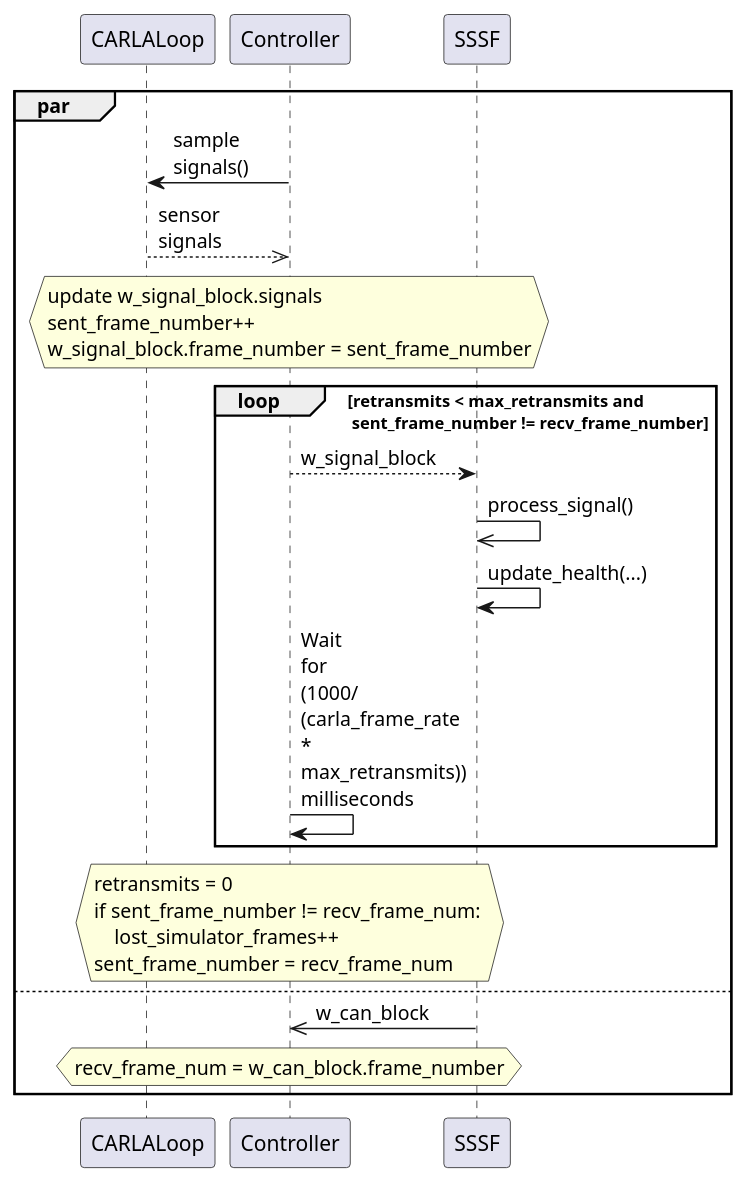
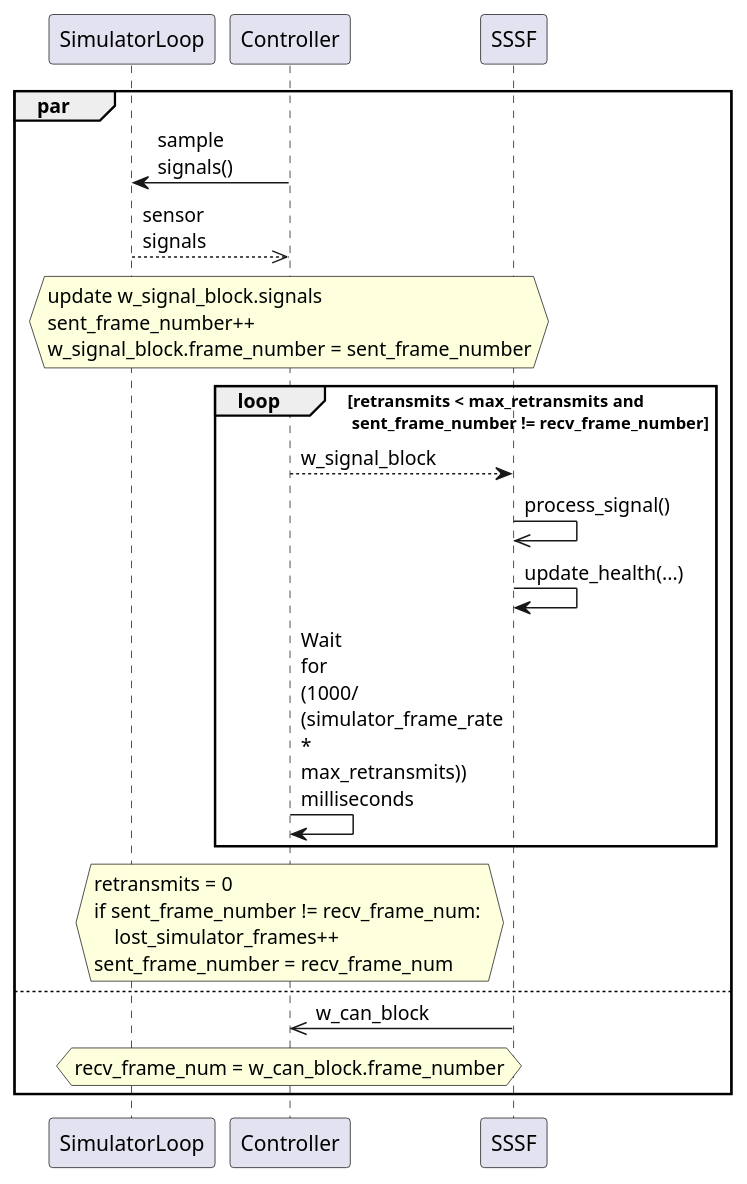
The diagram in Doc/Paper/images/signal_control.wsd (SystemsCyber/Software-Defined-Truck), drawn with PlantUML before and after one commit. The commit also changed 8 other files, not shown here.

```diff
--- a/Doc/Paper/images/signal_control.wsd
+++ b/Doc/Paper/images/signal_control.wsd
@@ -1,27 +1,27 @@
 @startuml
 skinparam maxmessagesize 40
 par
-CARLALoop <- Controller : sample signals()
-CARLALoop -->> Controller: sensor signals
+SimulatorLoop <- Controller : sample signals()
+SimulatorLoop -->> Controller: sensor signals
 hnote over Controller
 update w_signal_block.signals
 sent_frame_number++
 w_signal_block.frame_number = sent_frame_number
 endhnote
 loop retransmits < max_retransmits and \n sent_frame_number != recv_frame_number
 Controller --> SSSF: w_signal_block
 SSSF ->> SSSF: process_signal()
 SSSF -> SSSF: update_health(...)
-Controller -> Controller: Wait for (1000/ (carla_frame_rate * max_retransmits)) milliseconds
+Controller -> Controller: Wait for (1000/ (simulator_frame_rate * max_retransmits)) milliseconds
 end
 hnote over Controller
 retransmits = 0
 if sent_frame_number != recv_frame_num: 
     lost_simulator_frames++
 sent_frame_number = recv_frame_num
 endhnote
 else
 SSSF ->> Controller: w_can_block
 hnote over Controller: recv_frame_num = w_can_block.frame_number
 end
 @enduml
```
